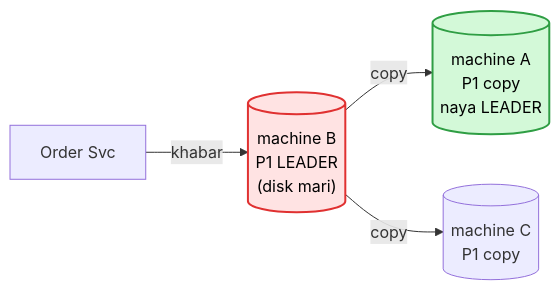
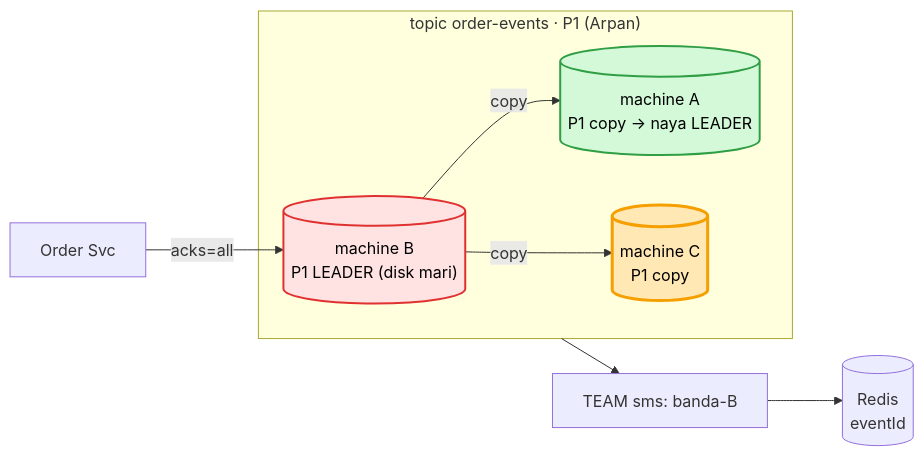
Before and after one commit to ArpanMaheshwari144/Prep: the sixth of 8 diagrams in 04_HLD/SYSTEM_DESIGNS/12_message_queue_kafka/kafka_concepts.md, drawn with Mermaid. The commit also changed other lines of this file, not shown here.

Commit message:
kafka concepts: har diagram pichhle ko aage badhata, peela = naya juda

````diff
--- a/04_HLD/SYSTEM_DESIGNS/12_message_queue_kafka/kafka_concepts.md
+++ b/04_HLD/SYSTEM_DESIGNS/12_message_queue_kafka/kafka_concepts.md
@@ -133,8 +134,16 @@
 ```mermaid
 flowchart LR
-    O["Order Svc"] -- "khabar" --> B[("machine B<br/>P1 LEADER<br/>(disk mari)")]
-    B -- "copy" --> A[("machine A<br/>P1 copy<br/>naya LEADER")]
-    B -- "copy" --> C[("machine C<br/>P1 copy")]
-    style B fill:#ffe3e3,stroke:#e03131,stroke-width:2px,color:#000
+    O["Order Svc"] -- "acks=all" --> L
+    subgraph T["topic order-events · P1 (Arpan)"]
+        L[("machine B<br/>P1 LEADER (disk mari)")]
+        A[("machine A<br/>P1 copy -> naya LEADER")]
+        C[("machine C<br/>P1 copy")]
+    end
+    L -- copy --> A
+    L -- copy --> C
+    T --> B["TEAM sms: banda-B"]
+    B --> R[("Redis<br/>eventId")]
+    style L fill:#ffe3e3,stroke:#e03131,stroke-width:2px,color:#000
     style A fill:#d3f9d8,stroke:#2f9e44,stroke-width:2px,color:#000
+    style C fill:#ffe8b3,stroke:#f59f00,stroke-width:3px,color:#000
 ```
````
